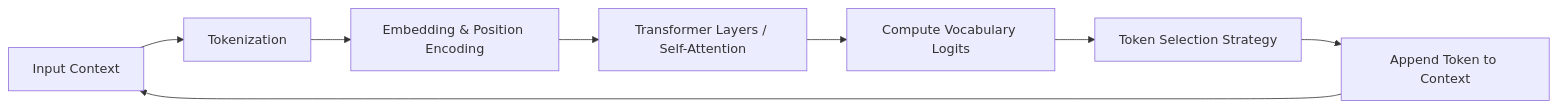
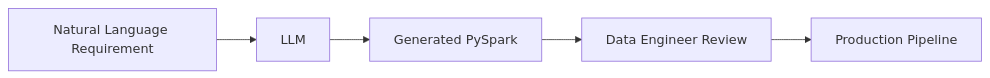
One commit to rohanhrk/data-engineering-notes-2026 changed diagram 17 of 31 in Module_07-AI Fundamentals For DE/Class 1 - AI Fundamentals/AI_Fundamentals_For_Data_Engineering.md. Above: the diagram before and after it, drawn with Mermaid. The commit also changed other lines of this file and 3 other files, not shown here.

````diff
--- a/Module_07-AI Fundamentals For DE/Class 1 - AI Fundamentals/AI_Fundamentals_For_Data_Engineering.md
+++ b/Module_07-AI Fundamentals For DE/Class 1 - AI Fundamentals/AI_Fundamentals_For_Data_Engineering.md
@@ -355,10 +667,7 @@
-```mermaid
+``` mermaid
 flowchart LR
-    A[Input Context] --> B[Tokenization]
-    B --> C[Embedding & Position Encoding]
-    C --> D[Transformer Layers / Self-Attention]
-    D --> E[Compute Vocabulary Logits]
-    E --> F[Token Selection Strategy]
-    F --> G[Append Token to Context]
-    G --> A
+    A[Natural Language Requirement] --> B[LLM]
+    B --> C[Generated PySpark]
+    C --> D[Data Engineer Review]
+    D --> E[Production Pipeline]
 ```
````
